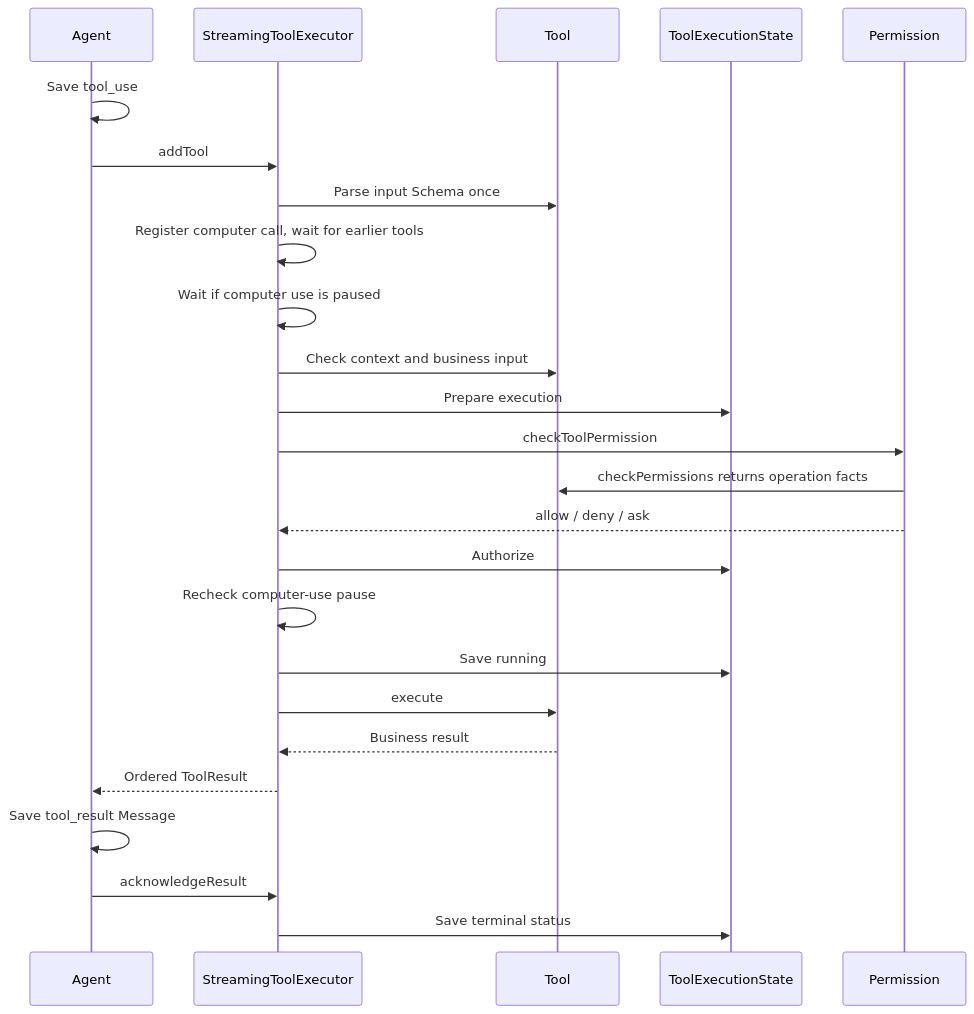
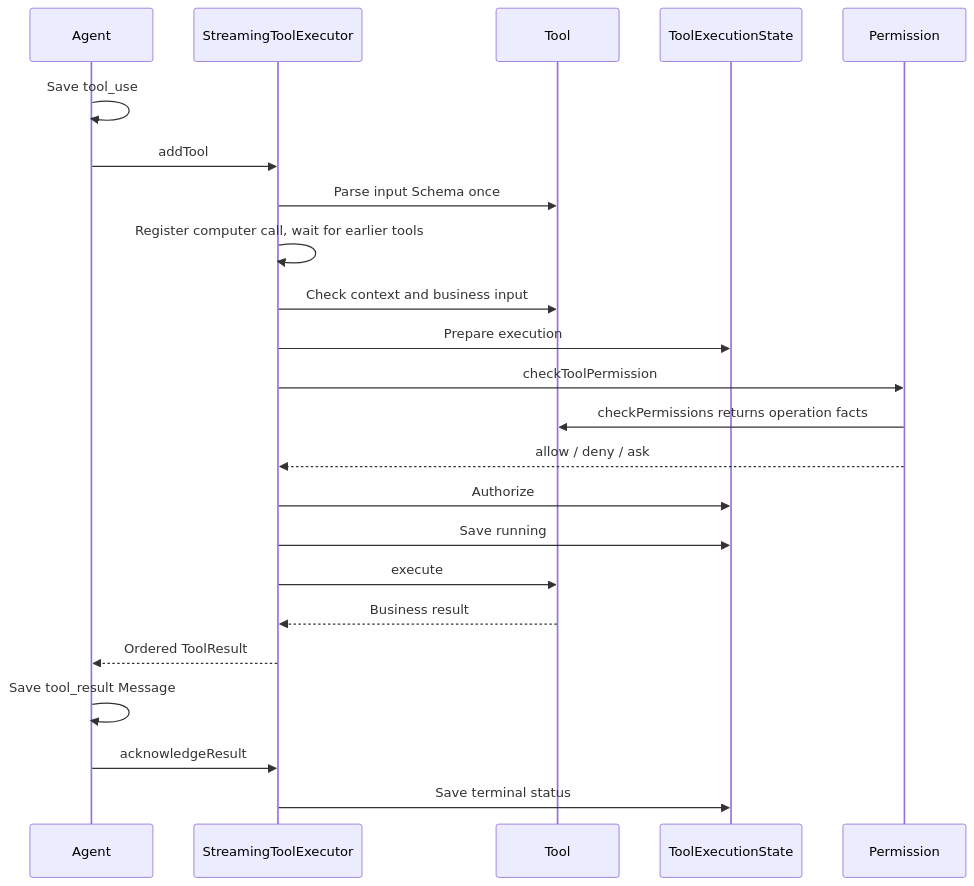
The diagram in src/tools/README.md (chengyuZou/EmaAgent), drawn with Mermaid before and after one commit. The commit also changed other lines of this file and 67 other files, not shown here.

````diff
--- a/src/tools/README.md
+++ b/src/tools/README.md
@@ -21,27 +21,25 @@
 ```mermaid
 sequenceDiagram
   participant Agent
   participant Executor as StreamingToolExecutor
   participant Tool
   participant State as ToolExecutionState
   participant Permission
   Agent->>Agent: Save tool_use
   Agent->>Executor: addTool
   Executor->>Tool: Parse input Schema once
   Executor->>Executor: Register computer call, wait for earlier tools
-  Executor->>Executor: Wait if computer use is paused
   Executor->>Tool: Check context and business input
   Executor->>State: Prepare execution
   Executor->>Permission: checkToolPermission
   Permission->>Tool: checkPermissions returns operation facts
   Permission-->>Executor: allow / deny / ask
   Executor->>State: Authorize
-  Executor->>Executor: Recheck computer-use pause
   Executor->>State: Save running
   Executor->>Tool: execute
   Tool-->>Executor: Business result
   Executor-->>Agent: Ordered ToolResult
   Agent->>Agent: Save tool_result Message
   Agent->>Executor: acknowledgeResult
   Executor->>State: Save terminal status
 ```
````
